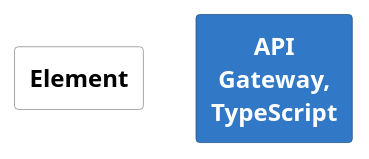
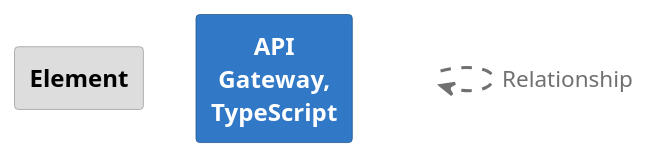
One commit to chrislyons-dev/bond-math changed the diagram in docs/architecture/diagrams/structurizr-Deployment_development-key.puml. Above: the diagram before and after it, drawn with PlantUML. The commit also changed 65 other files, not shown here.

```diff
--- a/docs/architecture/diagrams/structurizr-Deployment_development-key.puml
+++ b/docs/architecture/diagrams/structurizr-Deployment_development-key.puml
@@ -1,34 +1,37 @@
 @startuml
 set separator none
 
 skinparam {
   shadowing false
   arrowFontSize 15
   defaultTextAlignment center
   wrapWidth 100
   maxMessageSize 100
 }
 hide stereotype
 
 skinparam rectangle<<_transparent>> {
   BorderColor transparent
   BackgroundColor transparent
   FontColor transparent
 }
 
 skinparam rectangle<<1>> {
-  BackgroundColor #ffffff
+  BackgroundColor #dddddd
   FontColor #000000
-  BorderColor #888888
+  BorderColor #9a9a9a
 }
 rectangle "==Element" <<1>>
 
 skinparam rectangle<<2>> {
   BackgroundColor #3178c6
   FontColor #ffffff
   BorderColor #22548a
 }
 rectangle "==API Gateway, TypeScript" <<2>>
 
+rectangle "." <<_transparent>> as 3
+3 .[#707070,thickness=2].> 3 : "<color:#707070>Relationship"
+
 
 @enduml
```
